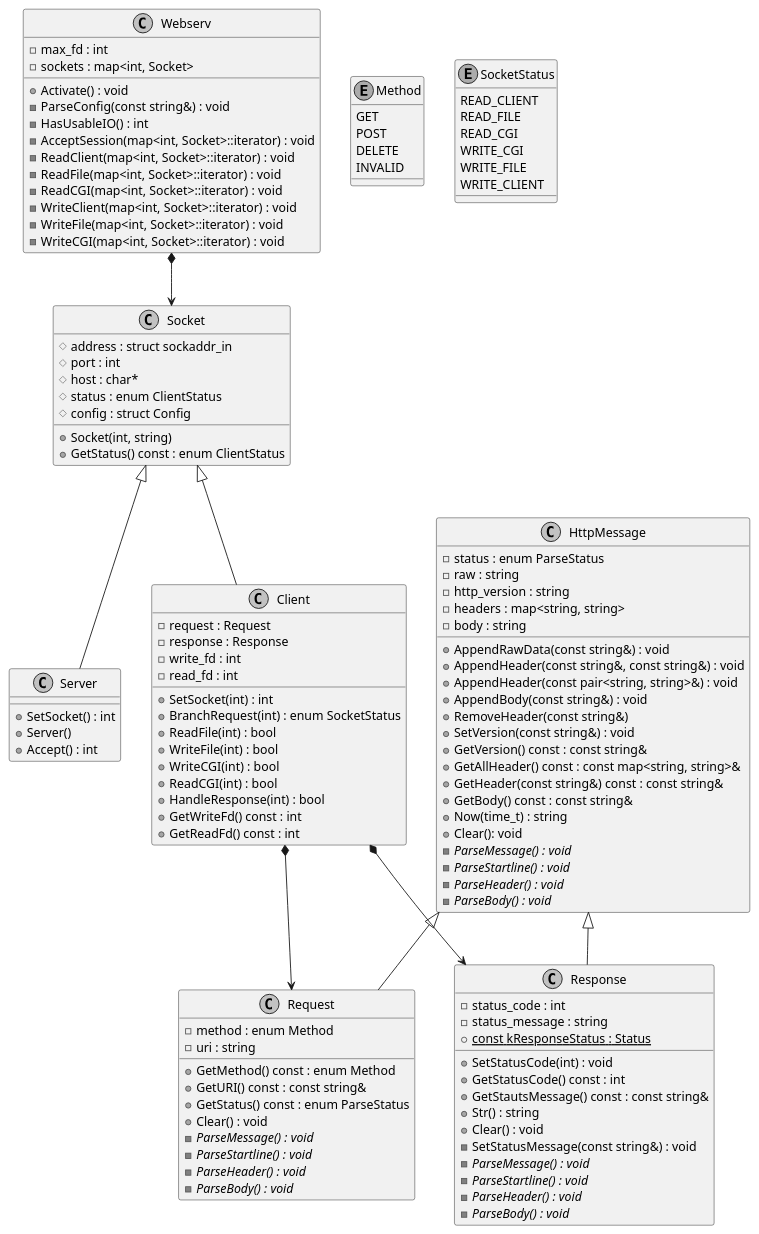
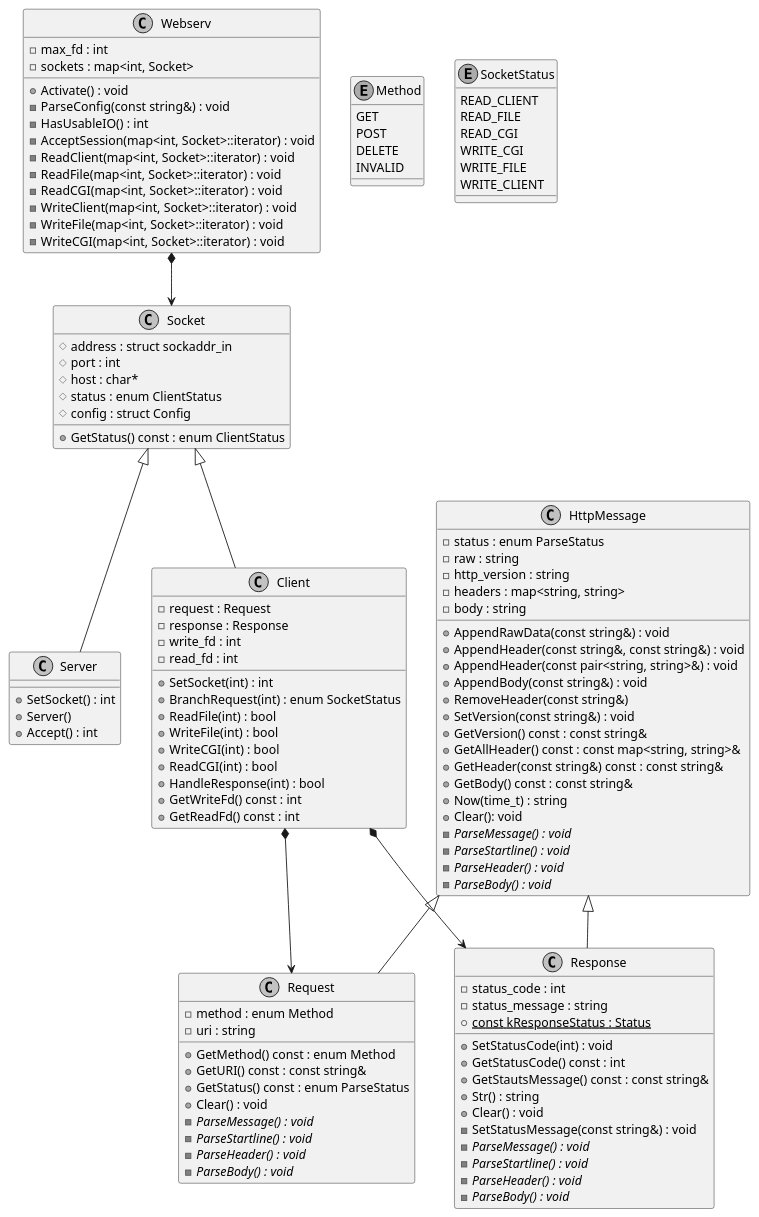
One commit to tkomatsu/webserv changed the diagram in docs/webserv.pu. Above: the diagram before and after it, drawn with PlantUML.

Commit message:
docs(uml): remove constructor from uml

```diff
--- a/docs/webserv.pu
+++ b/docs/webserv.pu
@@ -1,130 +1,129 @@
 @startuml webserv
 
 skinparam monochrome true
 skinparam shadowing false
 
 class Webserv {
   - max_fd : int
   - sockets : map<int, Socket>
   + Activate() : void
   - ParseConfig(const string&) : void
   - HasUsableIO() : int
   - AcceptSession(map<int, Socket>::iterator) : void
   - ReadClient(map<int, Socket>::iterator) : void
   - ReadFile(map<int, Socket>::iterator) : void
   - ReadCGI(map<int, Socket>::iterator) : void
   - WriteClient(map<int, Socket>::iterator) : void
   - WriteFile(map<int, Socket>::iterator) : void
   - WriteCGI(map<int, Socket>::iterator) : void
 }
 
 class Socket {
   # address : struct sockaddr_in
   # port : int
   # host : char*
   # status : enum ClientStatus
   # config : struct Config
-  + Socket(int, string)
   + GetStatus() const : enum ClientStatus
 }
 
 class Server {
   + SetSocket() : int
   + Server()
   + Accept() : int
 }
 
 class Client {
   - request : Request
   - response : Response
   - write_fd : int
   - read_fd : int
   + SetSocket(int) : int
   + BranchRequest(int) : enum SocketStatus
   + ReadFile(int) : bool
   + WriteFile(int) : bool
   + WriteCGI(int) : bool
   + ReadCGI(int) : bool
   + HandleResponse(int) : bool
   + GetWriteFd() const : int
   + GetReadFd() const : int
 }
 
 class HttpMessage {
   - status : enum ParseStatus
   - raw : string
   - http_version : string
   - headers : map<string, string>
   - body : string
   + AppendRawData(const string&) : void
   + AppendHeader(const string&, const string&) : void
   + AppendHeader(const pair<string, string>&) : void
   + AppendBody(const string&) : void
   + RemoveHeader(const string&)
   + SetVersion(const string&) : void
   + GetVersion() const : const string&
   + GetAllHeader() const : const map<string, string>&
   + GetHeader(const string&) const : const string&
   + GetBody() const : const string&
   + Now(time_t) : string
   + Clear(): void
   - {abstract} ParseMessage() : void
   - {abstract} ParseStartline() : void
   - {abstract} ParseHeader() : void
   - {abstract} ParseBody() : void
 }
 
 class Request {
   - method : enum Method
   - uri : string
   + GetMethod() const : enum Method
   + GetURI() const : const string&
   + GetStatus() const : enum ParseStatus
   + Clear() : void
   - {abstract} ParseMessage() : void
   - {abstract} ParseStartline() : void
   - {abstract} ParseHeader() : void
   - {abstract} ParseBody() : void
 }
 
 class Response {
   - status_code : int
   - status_message : string
   + {static} const kResponseStatus : Status
   + SetStatusCode(int) : void
   + GetStatusCode() const : int
   + GetStautsMessage() const : const string&
   + Str() : string
   + Clear() : void
   - SetStatusMessage(const string&) : void
   - {abstract} ParseMessage() : void
   - {abstract} ParseStartline() : void
   - {abstract} ParseHeader() : void
   - {abstract} ParseBody() : void
 }
 
 enum Method {
   GET
   POST
   DELETE
   INVALID
 }
 
 enum SocketStatus {
   READ_CLIENT
   READ_FILE
   READ_CGI
   WRITE_CGI
   WRITE_FILE
   WRITE_CLIENT
 }
 
 Webserv *--> Socket
 Socket <|-- Client
 Socket <|-- Server
 Client *--> Request
 Client *--> Response
 HttpMessage <|-- Request
 HttpMessage <|-- Response
 
 @enduml
```
